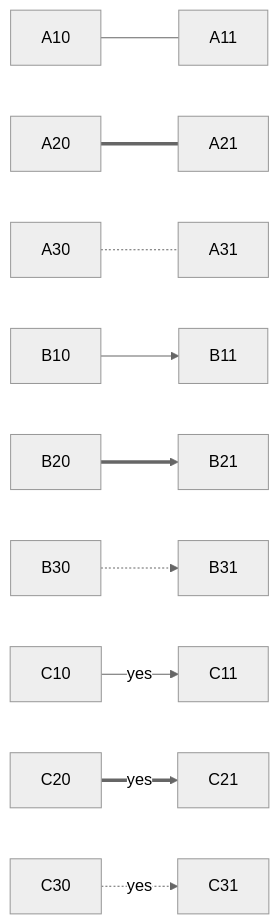
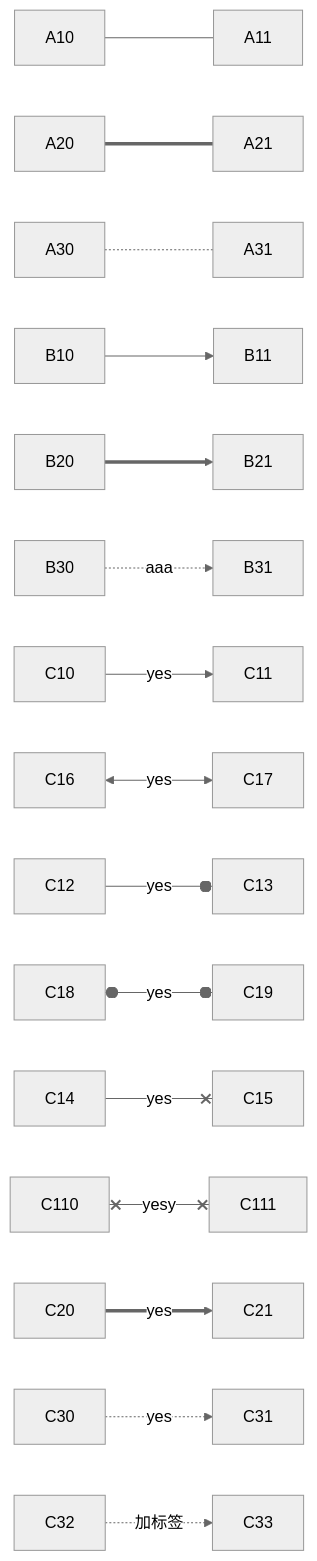
The fourth of 4 diagrams in learning_markdown.md (fanyuwen/learning_notes), drawn with Mermaid (neutral theme) before and after one commit. The commit also changed other lines of this file, not shown here.

Commit message:
1.markdown补充mermaid

````diff
--- a/learning_markdown.md
+++ b/learning_markdown.md
@@ -248,12 +264,18 @@
           ```mermaid
           graph LR
           A10[A10] --- A11[A11]
           A20[A20] === A21[A21]
           A30[A30] -.- A31[A31]
           B10[B10] --> B11[B11]
           B20[B20] ==> B21[B21]
-          B30[B30] -.-> B31[B31]
+          B30[B30] -.->|"aaa"| B31[B31]
           C10[C10] --yes--> C11[C11]
+          C16[C16] <--yes--> C17[C17]
+          C12[C12] --yes--o C13[C13]
+          C18[C18] o--yes--o C19[C19]
+          C14[C14] --yes--x C15[C15]
+          C110[C110] x--yesy--x C111[C111]
           C20[C20] ==yes==> C21[C21]
           C30[C30] -.yes.-> C31[C31]
+          C32[C32] -.->|"加标签"| C33[C33]
           ```
````
